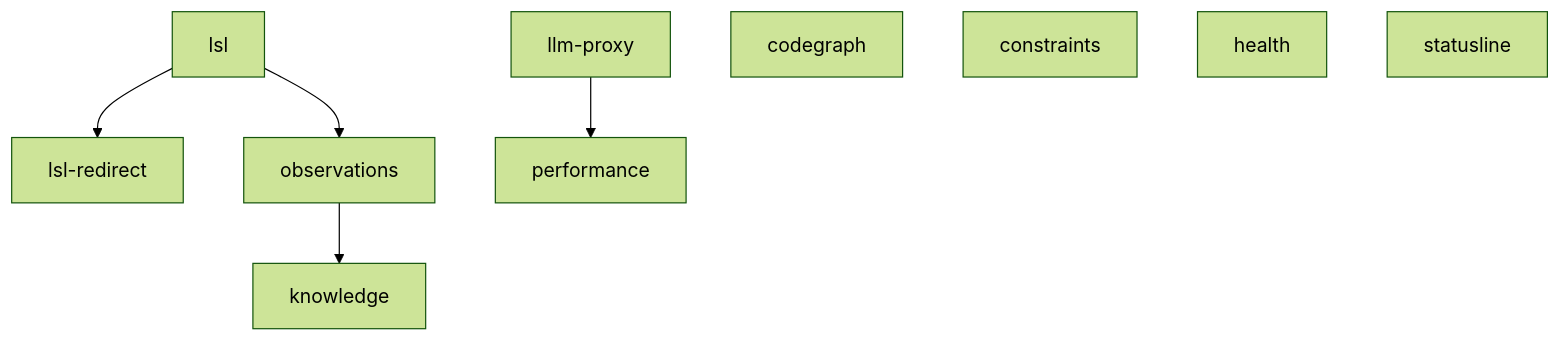
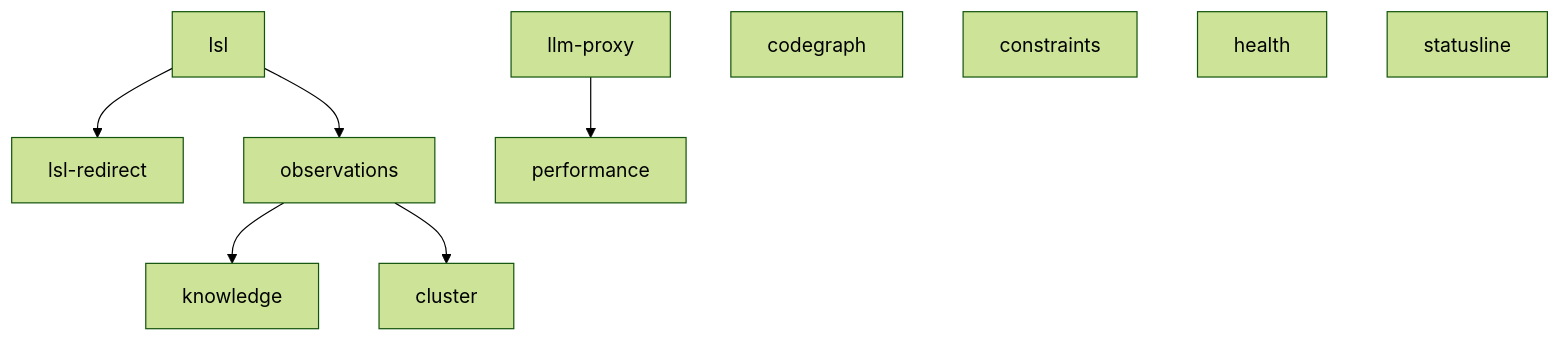
The diagram in docs/architecture/features.md (fwornle/coding), drawn with Mermaid (forest theme) before and after one commit. The commit also changed other lines of this file and 14 other files, not shown here.

````diff
--- a/docs/architecture/features.md
+++ b/docs/architecture/features.md
@@ -37,11 +38,12 @@
 ```mermaid
 graph TD
     lsl --> lslredirect["lsl-redirect"]
     lsl --> observations
     observations --> knowledge
     llmproxy["llm-proxy"] --> performance
+    observations --> cluster
     codegraph
     constraints
     health
     statusline
 ```
````
